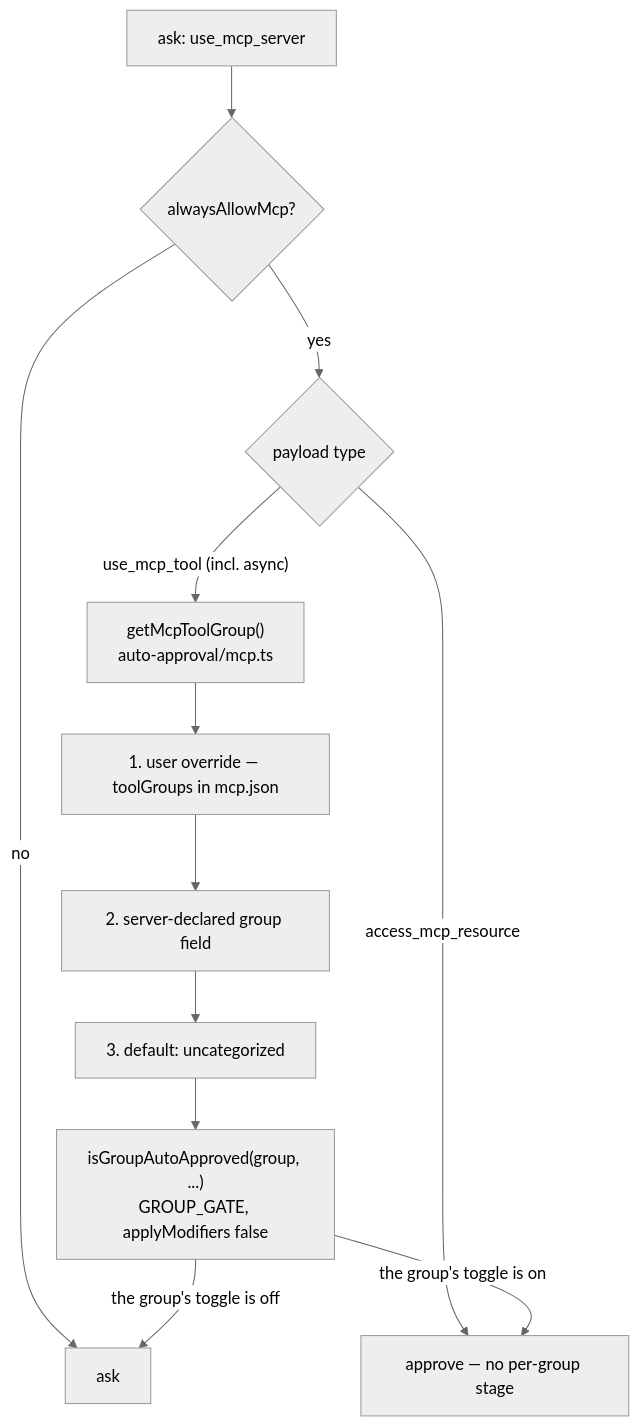
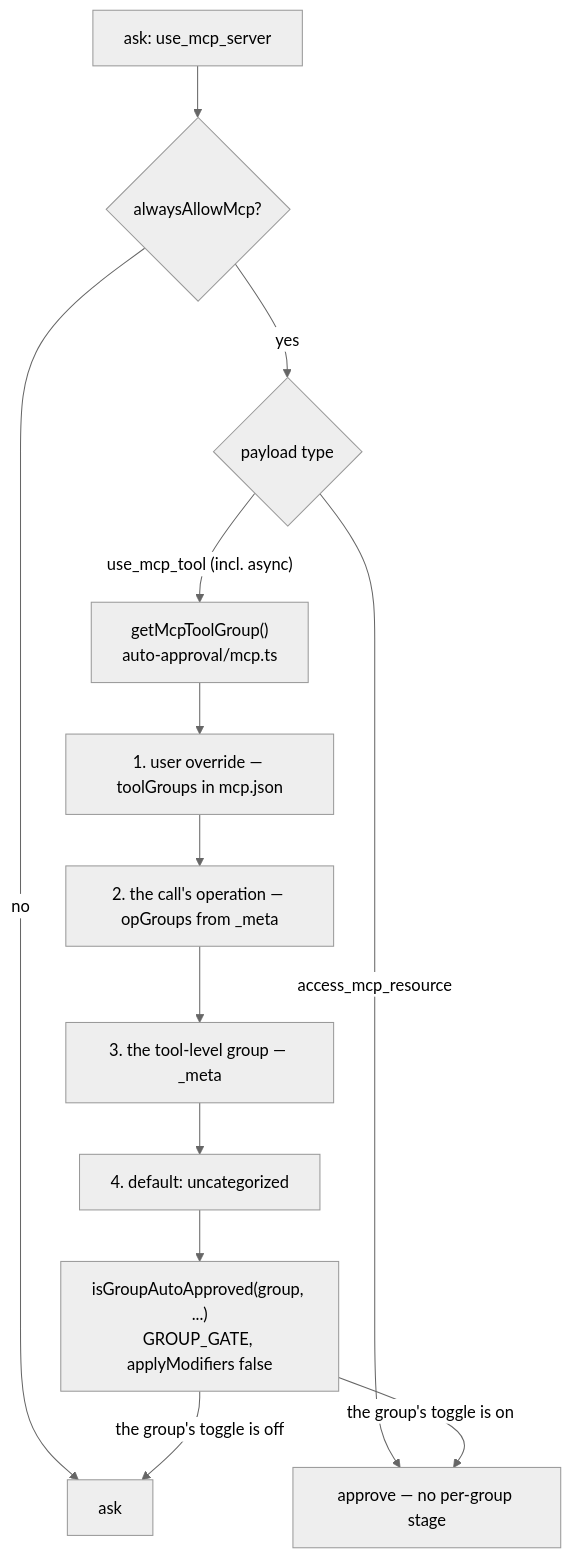
One commit to shofer-dev/shofer changed the fourth of 4 diagrams in docs/auto_approval.md. Above: the diagram before and after it, drawn with Mermaid (neutral theme). The commit also changed other lines of this file and 10 other files, not shown here.

First line of the commit message:
feat(core): auto-approval resolves an MCP tool group PER CALL, from the op

````diff
--- a/docs/auto_approval.md
+++ b/docs/auto_approval.md
@@ -363,16 +365,17 @@
 ```mermaid
 flowchart TD
     IN["ask: use_mcp_server"] --> M{"alwaysAllowMcp?"}
     M -->|no| ASK["ask"]
     M -->|yes| T{"payload type"}
 
     T -->|access_mcp_resource| OK["approve — no per-group stage"]
     T -->|"use_mcp_tool (incl. async)"| RES["getMcpToolGroup()<br/>auto-approval/mcp.ts"]
 
     RES --> R1["1. user override — toolGroups in mcp.json"]
-    R1 --> R2["2. server-declared group field"]
-    R2 --> R3["3. default: uncategorized"]
-    R3 --> GG["isGroupAutoApproved(group, ...)<br/>GROUP_GATE, applyModifiers false"]
+    R1 --> R2["2. the call's operation — opGroups from _meta"]
+    R2 --> R3["3. the tool-level group — _meta"]
+    R3 --> R4["4. default: uncategorized"]
+    R4 --> GG["isGroupAutoApproved(group, ...)<br/>GROUP_GATE, applyModifiers false"]
     GG -->|"the group's toggle is on"| OK
     GG -->|"the group's toggle is off"| ASK
 ```
````
